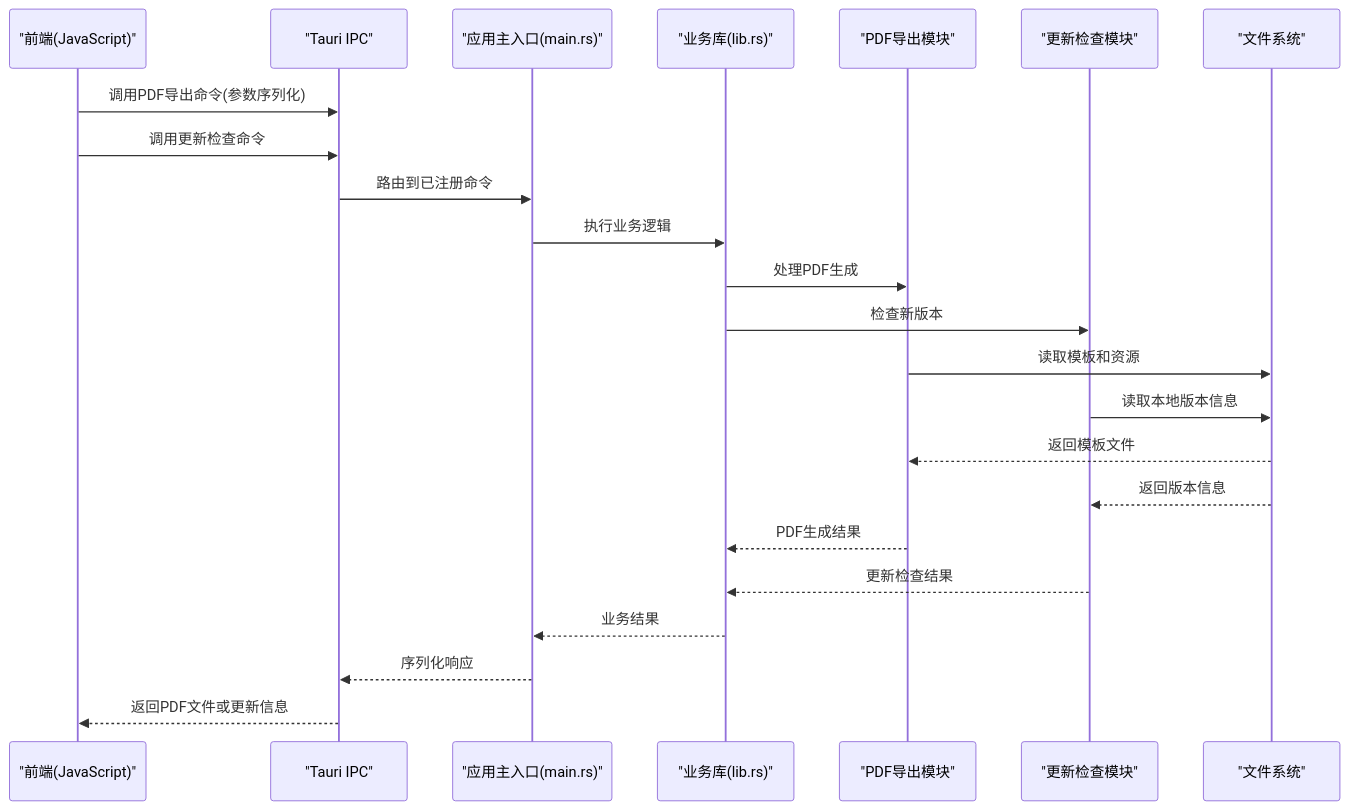
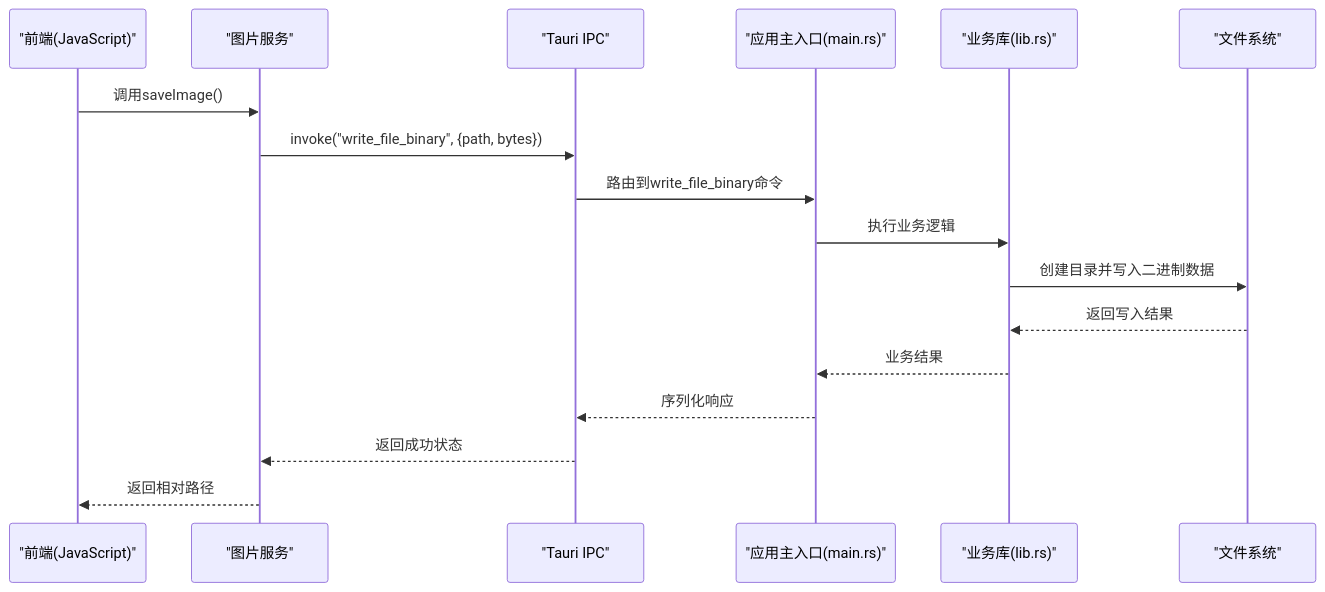
Before and after one commit to gongshiyun/ZenNote: the second of 3 diagrams in .qoder/repowiki/zh/content/Tauri后端.md, drawn with Mermaid. The commit also changed other lines of this file and 88 other files, not shown here.

````diff
--- a/.qoder/repowiki/zh/content/Tauri后端.md
+++ b/.qoder/repowiki/zh/content/Tauri后端.md
@@ -103,25 +107,19 @@
 ```mermaid
 sequenceDiagram
 participant FE as "前端(JavaScript)"
+participant ImageSvc as "图片服务"
 participant IPC as "Tauri IPC"
 participant Main as "应用主入口(main.rs)"
 participant Lib as "业务库(lib.rs)"
-participant PDF as "PDF导出模块"
-participant Update as "更新检查模块"
 participant FS as "文件系统"
-FE->>IPC : 调用PDF导出命令(参数序列化)
-FE->>IPC : 调用更新检查命令
-IPC->>Main : 路由到已注册命令
+FE->>ImageSvc : 调用saveImage()
+ImageSvc->>IPC : invoke("write_file_binary", {path, bytes})
+IPC->>Main : 路由到write_file_binary命令
 Main->>Lib : 执行业务逻辑
-Lib->>PDF : 处理PDF生成
-Lib->>Update : 检查新版本
-PDF->>FS : 读取模板和资源
-Update->>FS : 读取本地版本信息
-FS-->>PDF : 返回模板文件
-FS-->>Update : 返回版本信息
-PDF-->>Lib : PDF生成结果
-Update-->>Lib : 更新检查结果
+Lib->>FS : 创建目录并写入二进制数据
+FS-->>Lib : 返回写入结果
 Lib-->>Main : 业务结果
 Main-->>IPC : 序列化响应
-IPC-->>FE : 返回PDF文件或更新信息
+IPC-->>ImageSvc : 返回成功状态
+ImageSvc-->>FE : 返回相对路径
 ```
````
